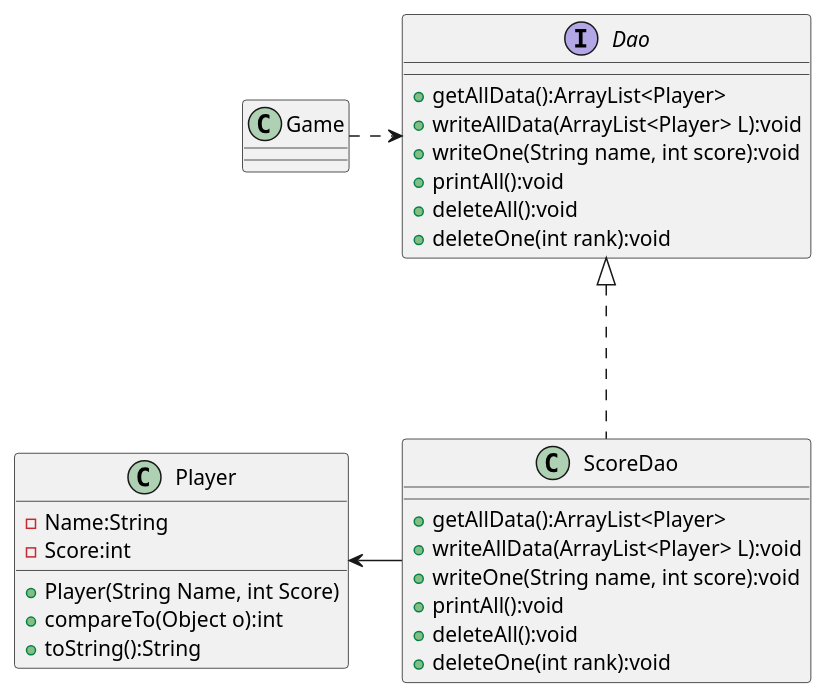
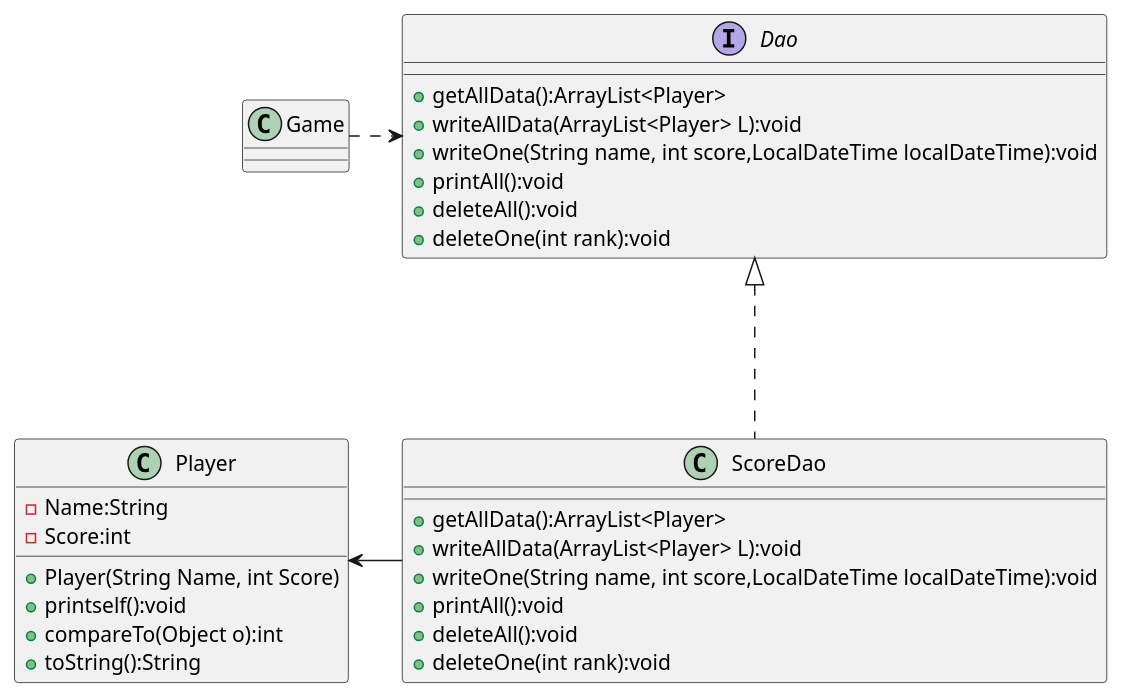
One commit to HITlgw/AircraftWar-base changed the diagram in uml/Dao.puml. Above: the diagram before and after it, drawn with PlantUML. The commit also changed 6 other files, not shown here.

```diff
--- a/uml/Dao.puml
+++ b/uml/Dao.puml
@@ -1,36 +1,37 @@
 @startuml
 'https://plantuml.com/class-diagram
 
 interface Dao {
     + getAllData():ArrayList<Player>
     + writeAllData(ArrayList<Player> L):void
-    + writeOne(String name, int score):void
+    + writeOne(String name, int score,LocalDateTime localDateTime):void
     + printAll():void
     + deleteAll():void
     + deleteOne(int rank):void
 }
 Dao <|... ScoreDao
 class ScoreDao{
     + getAllData():ArrayList<Player>
     + writeAllData(ArrayList<Player> L):void
-    + writeOne(String name, int score):void
+    + writeOne(String name, int score,LocalDateTime localDateTime):void
     + printAll():void
     + deleteAll():void
     + deleteOne(int rank):void
 }
 class Player
 {
     - Name:String
     - Score:int
     + Player(String Name, int Score)
+    + printself():void
     + compareTo(Object o):int
     + toString():String
 
 }
 ScoreDao -left-> Player
 class Game
 {
 }
 Game ..right.> Dao
 
 @enduml
```
